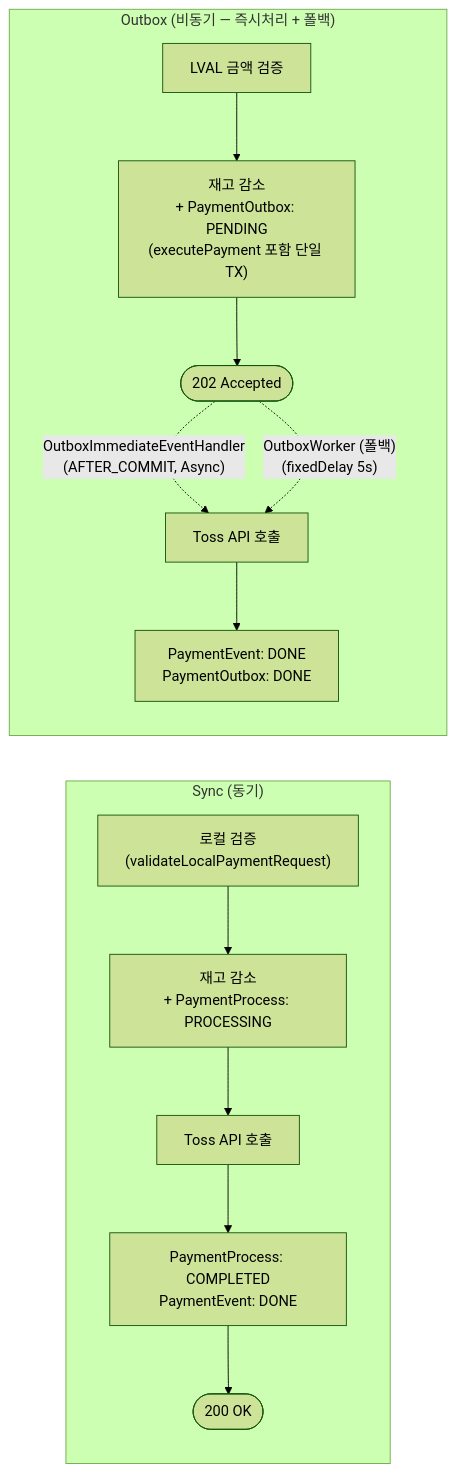
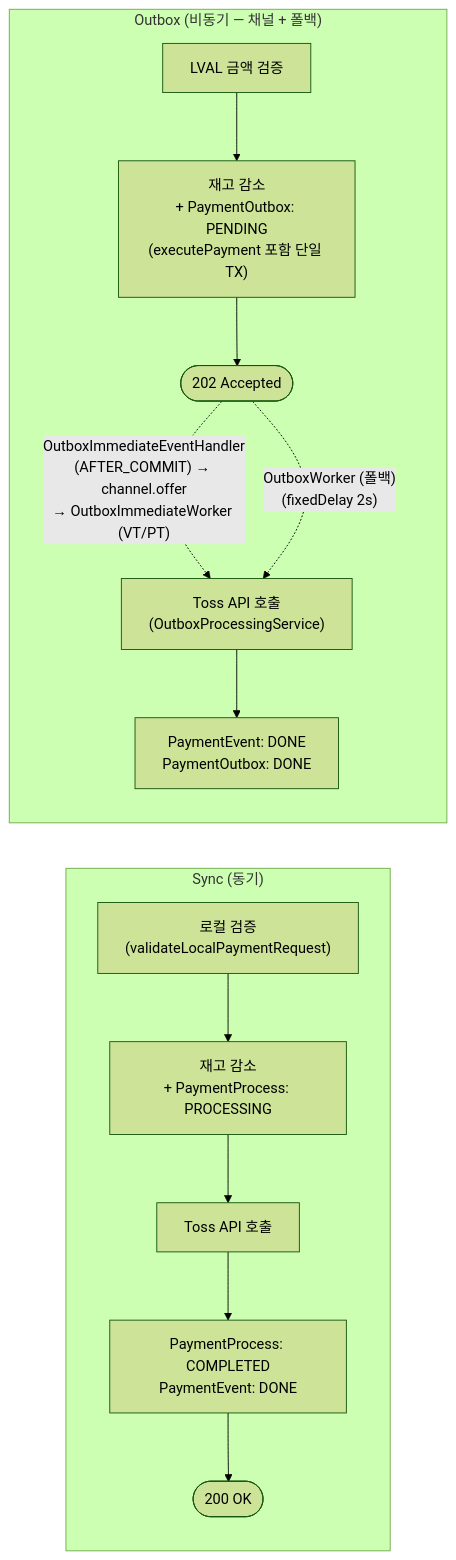
One commit to hyoguoo/payment-platform changed the seventh of 8 diagrams in docs/context/CONFIRM-FLOW-FLOWCHART.md. Above: the diagram before and after it, drawn with Mermaid (forest theme). The commit also changed other lines of this file and 8 other files, not shown here.

First line of the commit message:
docs: ASYNC-CHANNEL 작업 완료 — 문서 갱신 및 아카이브

````diff
--- a/docs/context/CONFIRM-FLOW-FLOWCHART.md
+++ b/docs/context/CONFIRM-FLOW-FLOWCHART.md
@@ -209,19 +215,19 @@
 ```mermaid
 flowchart LR
     subgraph Sync["Sync (동기)"]
         direction TB
         S1["로컬 검증\n(validateLocalPaymentRequest)"] --> S2["재고 감소\n+ PaymentProcess: PROCESSING"]
         S2 --> S3["Toss API 호출"]
         S3 --> S4["PaymentProcess: COMPLETED\nPaymentEvent: DONE"]
         S4 --> S5([200 OK])
     end
 
-    subgraph Outbox["Outbox (비동기 — 즉시처리 + 폴백)"]
+    subgraph Outbox["Outbox (비동기 — 채널 + 폴백)"]
         direction TB
         O1["LVAL 금액 검증"] --> O2["재고 감소\n+ PaymentOutbox: PENDING\n(executePayment 포함 단일 TX)"]
         O2 --> O3([202 Accepted])
-        O3 -.->|"OutboxImmediateEventHandler\n(AFTER_COMMIT, Async)"| O4["Toss API 호출"]
-        O3 -.->|"OutboxWorker (폴백)\n(fixedDelay 5s)"| O4
+        O3 -.->|"OutboxImmediateEventHandler\n(AFTER_COMMIT) → channel.offer\n→ OutboxImmediateWorker (VT/PT)"| O4["Toss API 호출\n(OutboxProcessingService)"]
+        O3 -.->|"OutboxWorker (폴백)\n(fixedDelay 2s)"| O4
         O4 --> O5["PaymentEvent: DONE\nPaymentOutbox: DONE"]
     end
 ```
````
